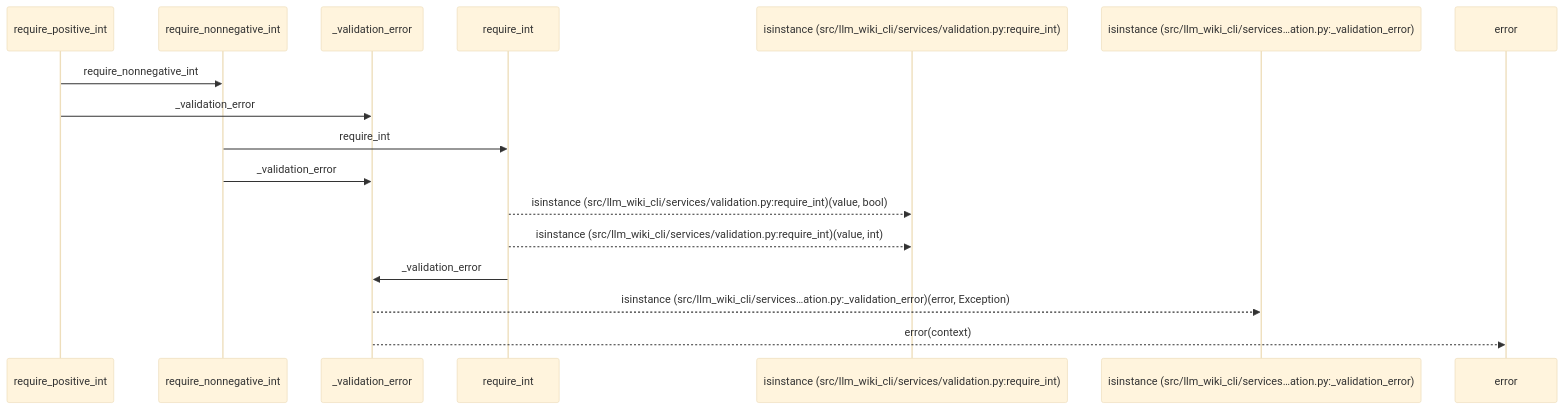
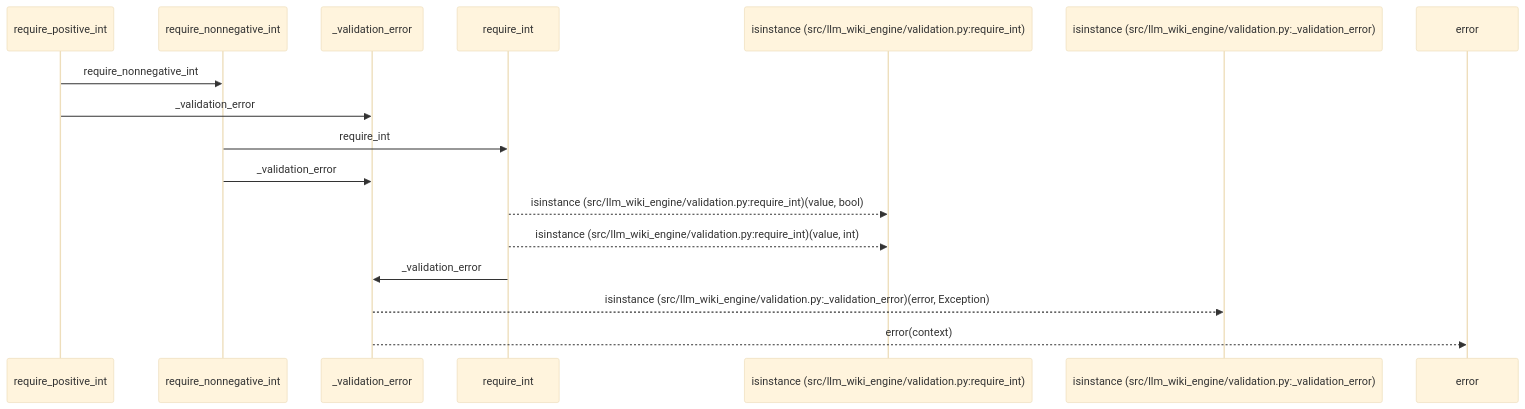
Before and after one commit to Denissvgn/python-wiki-llm: the first of 2 diagrams in docs/llm_wiki/flows/api-require_positive_int.md, drawn with Mermaid (base theme). The commit also changed other lines of this file and 1103 other files, not shown here.

First line of the commit message:
docs: refresh the wiki for the llm-wiki-engine distribution

````diff
--- a/docs/llm_wiki/flows/api-require_positive_int.md
+++ b/docs/llm_wiki/flows/api-require_positive_int.md
@@ -12,19 +12,19 @@
 ```mermaid
 sequenceDiagram
     participant p0 as require_positive_int
     participant p1 as require_nonnegative_int
     participant p2 as _validation_error
     participant p3 as require_int
-    participant p4 as isinstance (src/llm_wiki_cli/services/validation.py:require_int)
-    participant p5 as isinstance (src/llm_wiki_cli/services…ation.py:_validation_error)
+    participant p4 as isinstance (src/llm_wiki_engine/validation.py:require_int)
+    participant p5 as isinstance (src/llm_wiki_engine/validation.py:_validation_error)
     participant p6 as error
     p0->>p1: require_nonnegative_int
     p0->>p2: _validation_error
     p1->>p3: require_int
     p1->>p2: _validation_error
-    p3-->>p4: isinstance (src/llm_wiki_cli/services/validation.py:require_int)(value, bool)
-    p3-->>p4: isinstance (src/llm_wiki_cli/services/validation.py:require_int)(value, int)
+    p3-->>p4: isinstance (src/llm_wiki_engine/validation.py:require_int)(value, bool)
+    p3-->>p4: isinstance (src/llm_wiki_engine/validation.py:require_int)(value, int)
     p3->>p2: _validation_error
-    p2-->>p5: isinstance (src/llm_wiki_cli/services…ation.py:_validation_error)(error, Exception)
+    p2-->>p5: isinstance (src/llm_wiki_engine/validation.py:_validation_error)(error, Exception)
     p2-->>p6: error(context)
 ```
````
